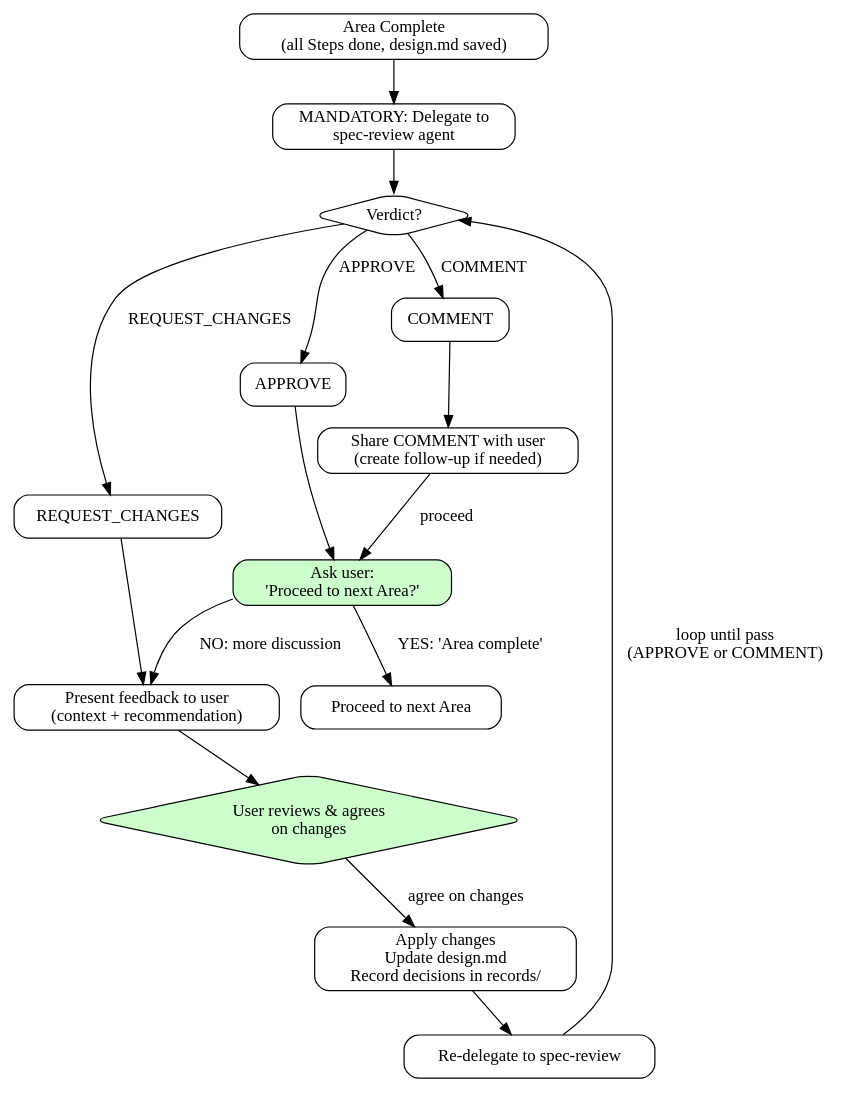
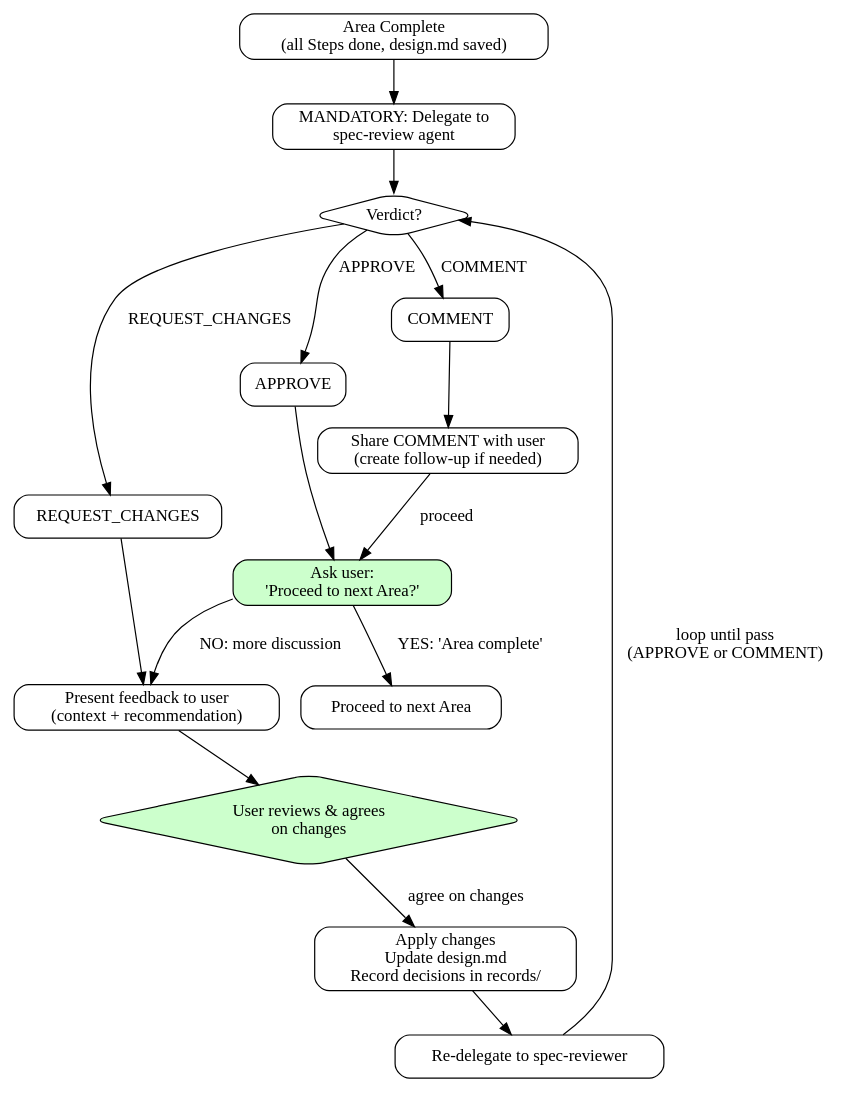
One commit to toongri/oh-my-toong-playground changed the second of 2 diagrams in skills/spec/references/core-protocols.md. Above: the diagram before and after it, drawn with Graphviz. The commit also changed other lines of this file and 3 other files, not shown here.

First line of the commit message:
fix(spec): reviewer entity 통일과 reference 트리거 강화

````diff
--- a/skills/spec/references/core-protocols.md
+++ b/skills/spec/references/core-protocols.md
@@ -421,42 +421,42 @@
 ```dot
 digraph feedback_loop {
     rankdir=TB;
     node [shape=box, style=rounded];
 
     complete_step [label="Area Complete\n(all Steps done, design.md saved)"];
     delegate [label="MANDATORY: Delegate to\nspec-review agent"];
     check_verdict [label="Verdict?", shape=diamond];
 
     approve [label="APPROVE"];
     ask_user [label="Ask user:\n'Proceed to next Area?'", style="rounded,filled", fillcolor="#ccffcc"];
     next_area [label="Proceed to next Area"];
 
     request_changes [label="REQUEST_CHANGES"];
     present_feedback [label="Present feedback to user\n(context + recommendation)"];
     user_consensus [label="User reviews & agrees\non changes", shape=diamond, style="rounded,filled", fillcolor="#ccffcc"];
     incorporate [label="Apply changes\nUpdate design.md\nRecord decisions in records/"];
-    re_delegate [label="Re-delegate to spec-review"];
+    re_delegate [label="Re-delegate to spec-reviewer"];
 
     comment [label="COMMENT"];
     share_comment [label="Share COMMENT with user\n(create follow-up if needed)"];
 
     complete_step -> delegate;
     delegate -> check_verdict;
 
     check_verdict -> approve [label="APPROVE"];
     approve -> ask_user;
     ask_user -> next_area [label="YES: 'Area complete'"];
     ask_user -> present_feedback [label="NO: more discussion"];
 
     check_verdict -> request_changes [label="REQUEST_CHANGES"];
     request_changes -> present_feedback;
     present_feedback -> user_consensus;
     user_consensus -> incorporate [label="agree on changes"];
     incorporate -> re_delegate;
     re_delegate -> check_verdict [label="loop until pass\n(APPROVE or COMMENT)"];
 
     check_verdict -> comment [label="COMMENT"];
     comment -> share_comment;
     share_comment -> ask_user [label="proceed"];
 }
 ```
````
